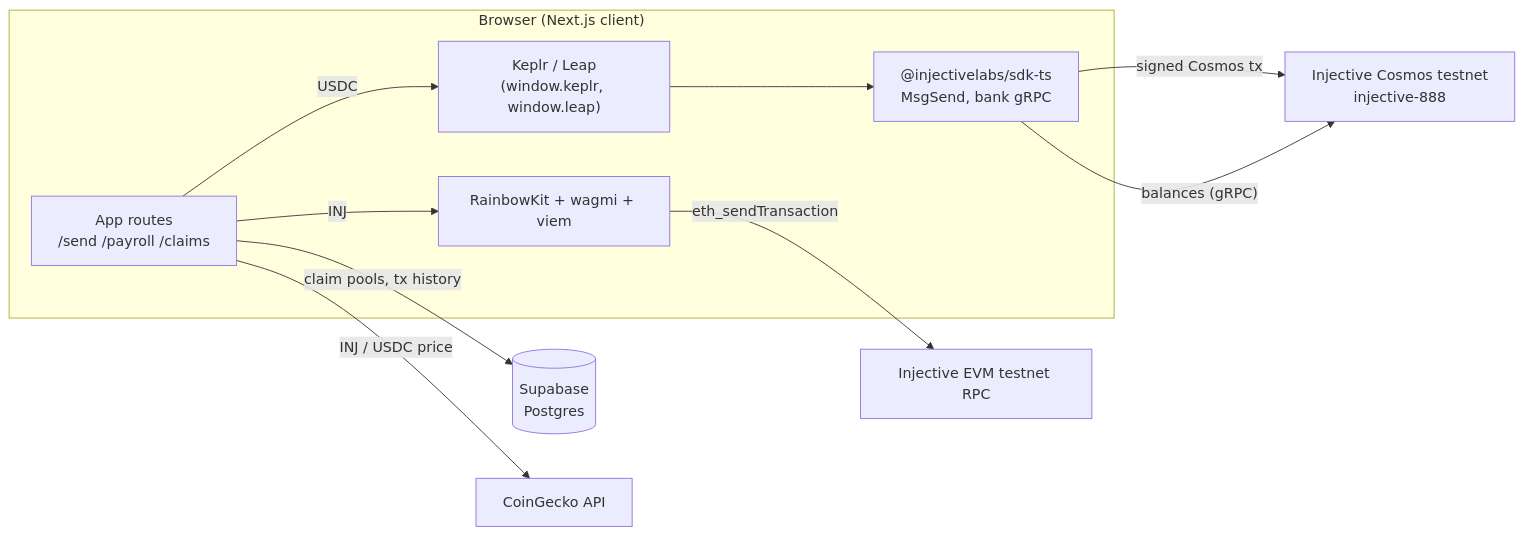
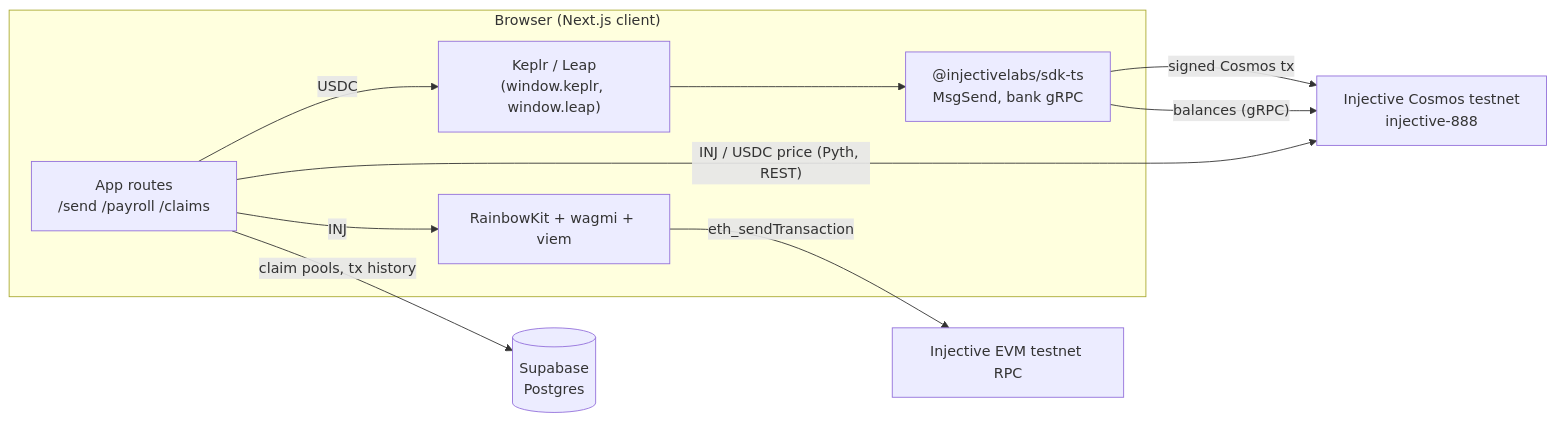
Before and after one commit to ALIPHATICHYD/NINJA-PAY: the diagram in README.md, drawn with Mermaid. The commit also changed other lines of this file and 13 other files, not shown here.

First line of the commit message:
feat(prices): read INJ and USDC prices from Injective's oracle, drop the naira rate

````diff
--- a/README.md
+++ b/README.md
@@ -87,20 +87,20 @@
 ```mermaid
 flowchart LR
   subgraph Browser["Browser (Next.js client)"]
     UI["App routes<br/>/send /payroll /claims"]
     RK["RainbowKit + wagmi + viem"]
     CW["Keplr / Leap<br/>(window.keplr, window.leap)"]
     SDK["@injectivelabs/sdk-ts<br/>MsgSend, bank gRPC"]
   end
 
   UI -- "INJ" --> RK
   UI -- "USDC" --> CW
   CW --> SDK
 
   RK -- "eth_sendTransaction" --> EVM["Injective EVM testnet RPC"]
   SDK -- "signed Cosmos tx" --> COSMOS["Injective Cosmos testnet<br/>injective-888"]
   SDK -- "balances (gRPC)" --> COSMOS
 
   UI -- "claim pools, tx history" --> SB[("Supabase<br/>Postgres")]
-  UI -- "INJ / USDC price" --> CG["CoinGecko API"]
+  UI -- "INJ / USDC price (Pyth, REST)" --> COSMOS
 ```
````
